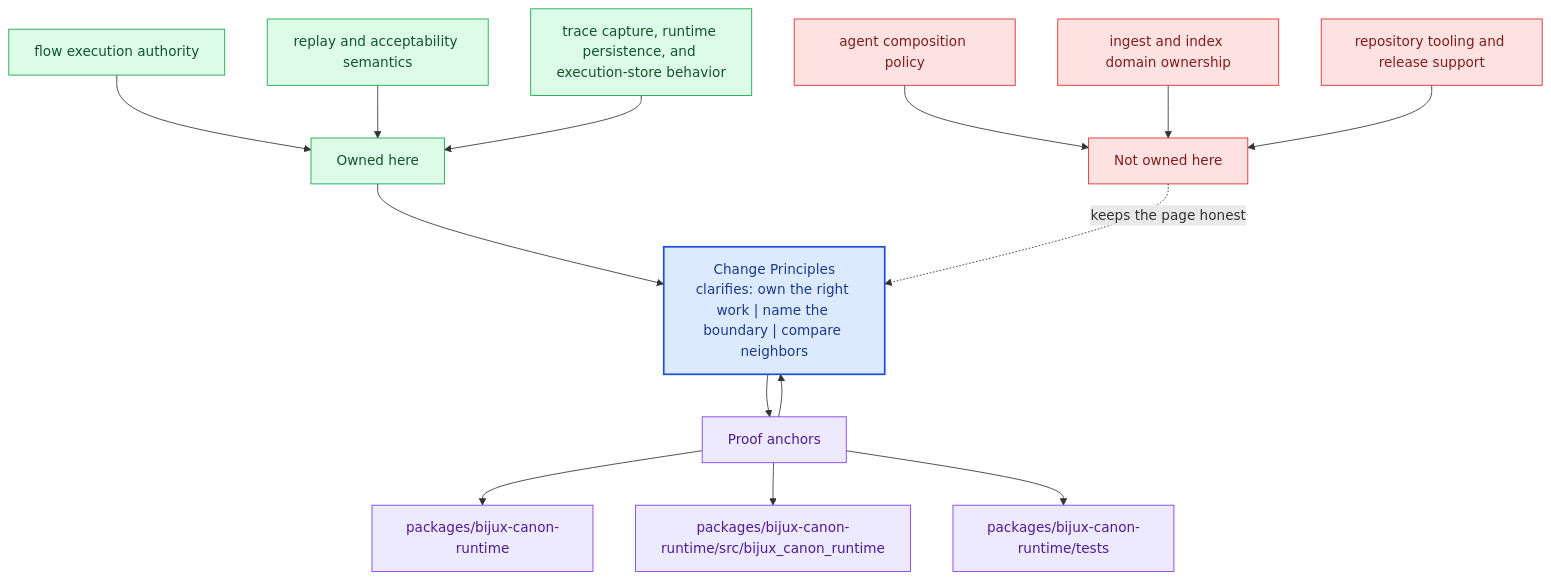
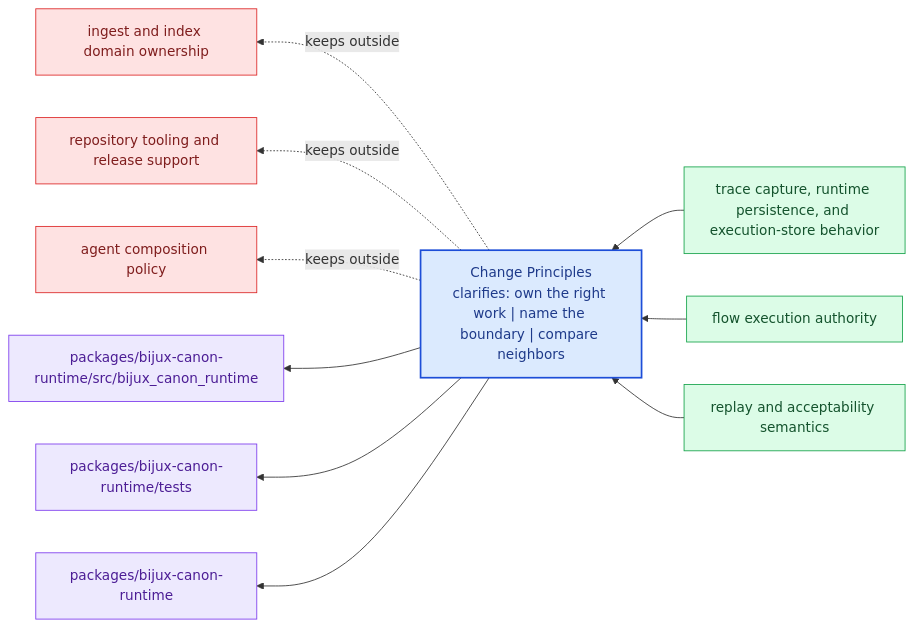
One commit to bijux/bijux-canon changed the diagram in docs/bijux-canon-runtime/foundation/change-principles.md. Above: the diagram before and after it, drawn with Mermaid. The commit also changed other lines of this file and 281 other files, not shown here.

Commit message:
docs(diagrams): replace repeated mermaid scaffolds with page-specific summaries

````diff
--- a/docs/bijux-canon-runtime/foundation/change-principles.md
+++ b/docs/bijux-canon-runtime/foundation/change-principles.md
@@ -69,40 +24,31 @@
 ```mermaid
-flowchart TB
-    promise["Change Principles<br/>clarifies: own the right work | name the boundary | compare neighbors"]
-    classDef promise fill:#dbeafe,stroke:#1d4ed8,color:#1e3a8a,stroke-width:2px;
-    classDef driver fill:#dcfce7,stroke:#16a34a,color:#14532d;
-    classDef constraint fill:#fee2e2,stroke:#dc2626,color:#7f1d1d;
-    classDef ground fill:#ede9fe,stroke:#7c3aed,color:#4c1d95;
-    focus1["Owned here"]
-    focus1 --> promise
-    focus1_1["flow execution authority"]
-    focus1_1 --> focus1
-    focus1_2["replay and acceptability semantics"]
-    focus1_2 --> focus1
-    focus1_3["trace capture, runtime persistence, and execution-store behavior"]
-    focus1_3 --> focus1
-    class focus1 driver;
-    class focus1_1,focus1_2,focus1_3 driver;
-    focus2["Not owned here"]
-    focus2 -.keeps the page honest.-> promise
-    focus2_1["agent composition policy"]
-    focus2_1 --> focus2
-    focus2_2["ingest and index domain ownership"]
-    focus2_2 --> focus2
-    focus2_3["repository tooling and release support"]
-    focus2_3 --> focus2
-    class focus2 constraint;
-    class focus2_1,focus2_2,focus2_3 constraint;
-    focus3["Proof anchors"]
-    focus3 --> promise
-    promise --> focus3
-    focus3_1["packages/bijux-canon-runtime"]
-    focus3 --> focus3_1
-    focus3_2["packages/bijux-canon-runtime/src/bijux_canon_runtime"]
-    focus3 --> focus3_2
-    focus3_3["packages/bijux-canon-runtime/tests"]
-    focus3 --> focus3_3
-    class focus3 ground;
-    class focus3_1,focus3_2,focus3_3 ground;
-    class promise promise;
+flowchart RL
+    page["Change Principles<br/>clarifies: own the right work | name the boundary | compare neighbors"]
+    classDef page fill:#dbeafe,stroke:#1d4ed8,color:#1e3a8a,stroke-width:2px;
+    classDef positive fill:#dcfce7,stroke:#16a34a,color:#14532d;
+    classDef caution fill:#fee2e2,stroke:#dc2626,color:#7f1d1d;
+    classDef anchor fill:#ede9fe,stroke:#7c3aed,color:#4c1d95;
+    classDef action fill:#fef3c7,stroke:#d97706,color:#7c2d12;
+    own1["trace capture, runtime persistence, and execution-store behavior"]
+    own1 --> page
+    own2["flow execution authority"]
+    own2 --> page
+    own3["replay and acceptability semantics"]
+    own3 --> page
+    limit1["ingest and index domain ownership"]
+    page -.keeps outside.-> limit1
+    limit2["repository tooling and release support"]
+    page -.keeps outside.-> limit2
+    limit3["agent composition policy"]
+    page -.keeps outside.-> limit3
+    anchor1["packages/bijux-canon-runtime/src/bijux_canon_runtime"]
+    page --> anchor1
+    anchor2["packages/bijux-canon-runtime/tests"]
+    page --> anchor2
+    anchor3["packages/bijux-canon-runtime"]
+    page --> anchor3
+    class page page;
+    class own1,own2,own3 positive;
+    class limit1,limit2,limit3 caution;
+    class anchor1,anchor2,anchor3 anchor;
 ```
````
